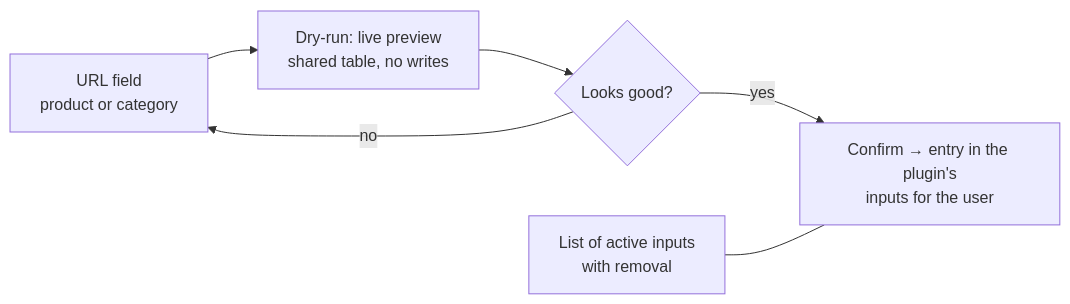
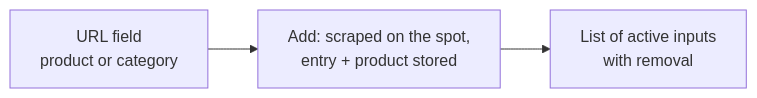
The diagram in docs/implemented-plugins/dragon-store/features.md (caporalesimone/watch-em-all), drawn with Mermaid before and after one commit. The commit also changed other lines of this file and 24 other files, not shown here.

````diff
--- a/docs/implemented-plugins/dragon-store/features.md
+++ b/docs/implemented-plugins/dragon-store/features.md
@@ -22,8 +22,5 @@
 ```mermaid
 flowchart LR
-    IN[URL field<br/>product or category] --> DRY[Dry-run: live preview<br/>shared table, no writes]
-    DRY --> OK{Looks good?}
-    OK -- yes --> SAVE[Confirm → entry in the plugin's<br/>inputs for the user]
-    OK -- no --> IN
-    LIST[List of active inputs<br/>with removal] --- SAVE
+    IN[URL field<br/>product or category] --> ADD[Add: scraped on the spot,<br/>entry + product stored]
+    ADD --> LIST[List of active inputs<br/>with removal]
 ```
````
